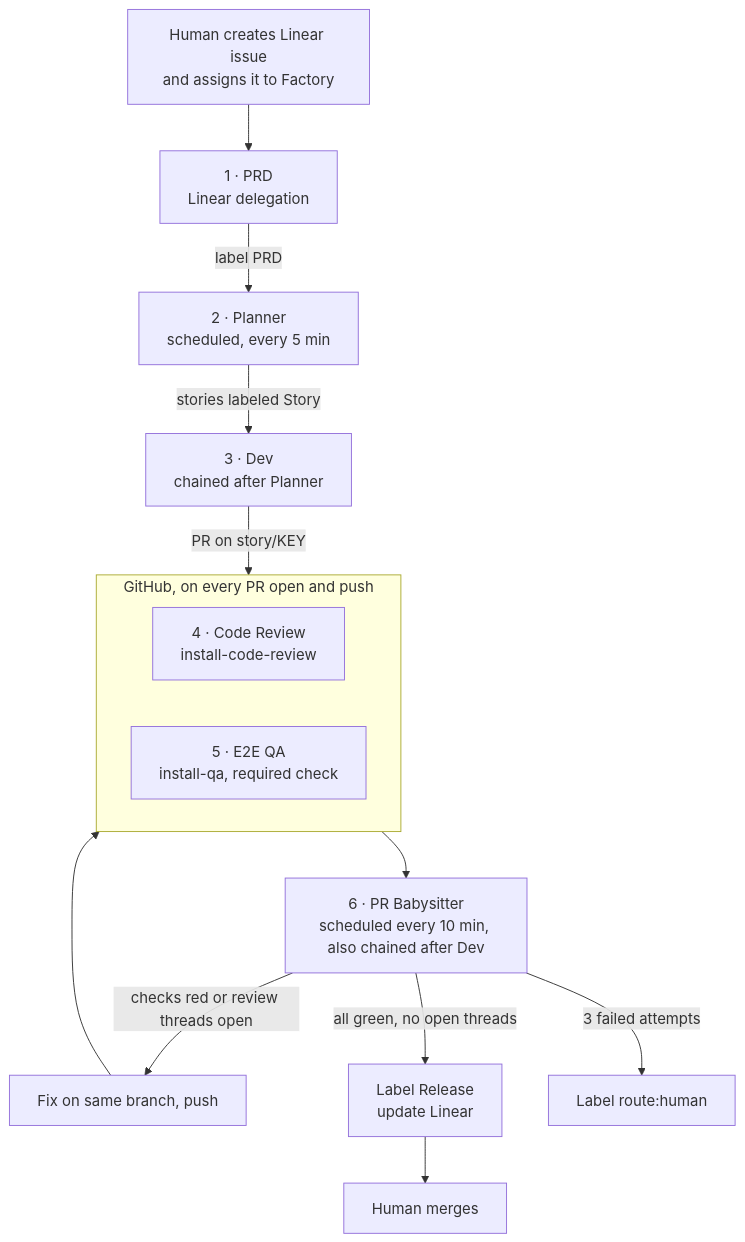
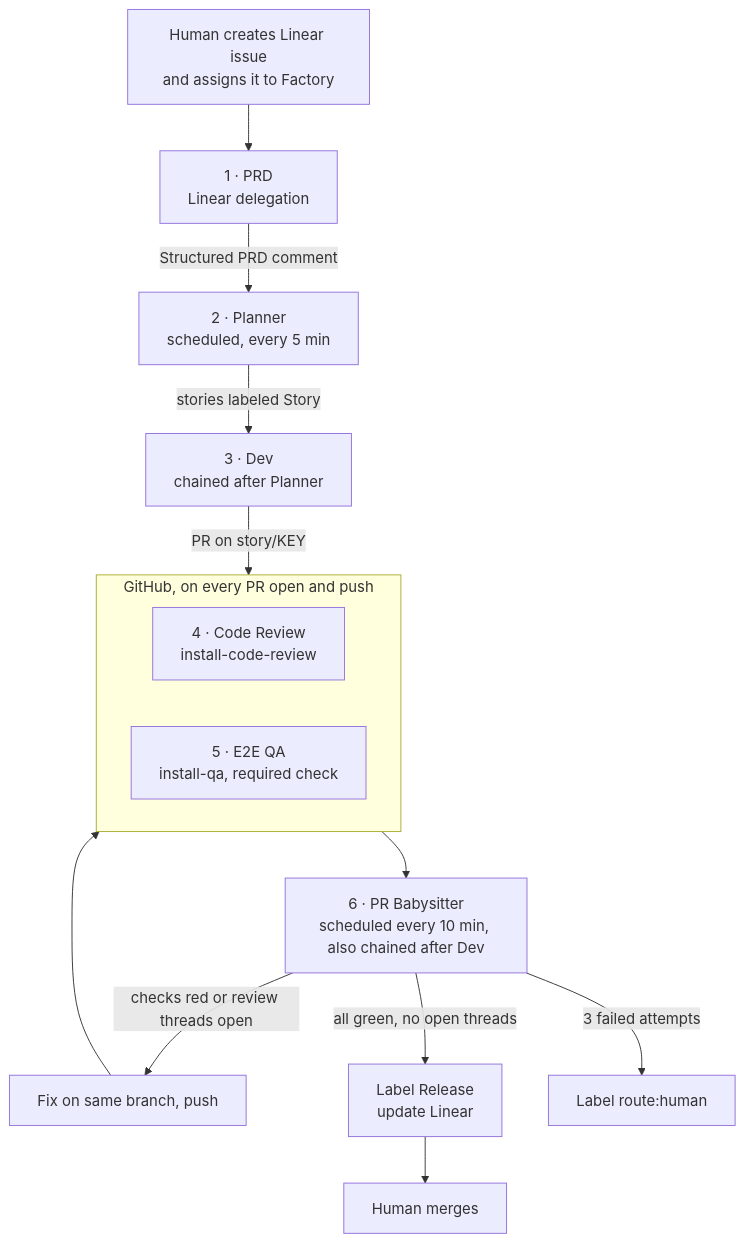
The diagram in docs/pipeline.md (factory-saif/cbre-prd-to-pr-demo), drawn with Mermaid before and after one commit. The commit also changed other lines of this file and 4 other files, not shown here.

First line of the commit message:
Let the PRD stage run from a Linear delegation outside the repo (#4)

````diff
--- a/docs/pipeline.md
+++ b/docs/pipeline.md
@@ -7,17 +7,17 @@
 ```mermaid
 flowchart TD
     H[Human creates Linear issue<br/>and assigns it to Factory] --> P1
-    P1["1 · PRD<br/>Linear delegation"] -->|label PRD| P2
+    P1["1 · PRD<br/>Linear delegation"] -->|"Structured PRD comment"| P2
     P2["2 · Planner<br/>scheduled, every 5 min"] -->|stories labeled Story| P3
     P3["3 · Dev<br/>chained after Planner"] -->|PR on story/KEY| GH
     subgraph GH [GitHub, on every PR open and push]
         CR["4 · Code Review<br/>install-code-review"]
         QA["5 · E2E QA<br/>install-qa, required check"]
     end
     GH --> B["6 · PR Babysitter<br/>scheduled every 10 min, also chained after Dev"]
     B -->|checks red or review threads open| F[Fix on same branch, push]
     F --> GH
     B -->|all green, no open threads| R[Label Release<br/>update Linear]
     B -->|3 failed attempts| N[Label route:human]
     R --> M[Human merges]
 ```
````
